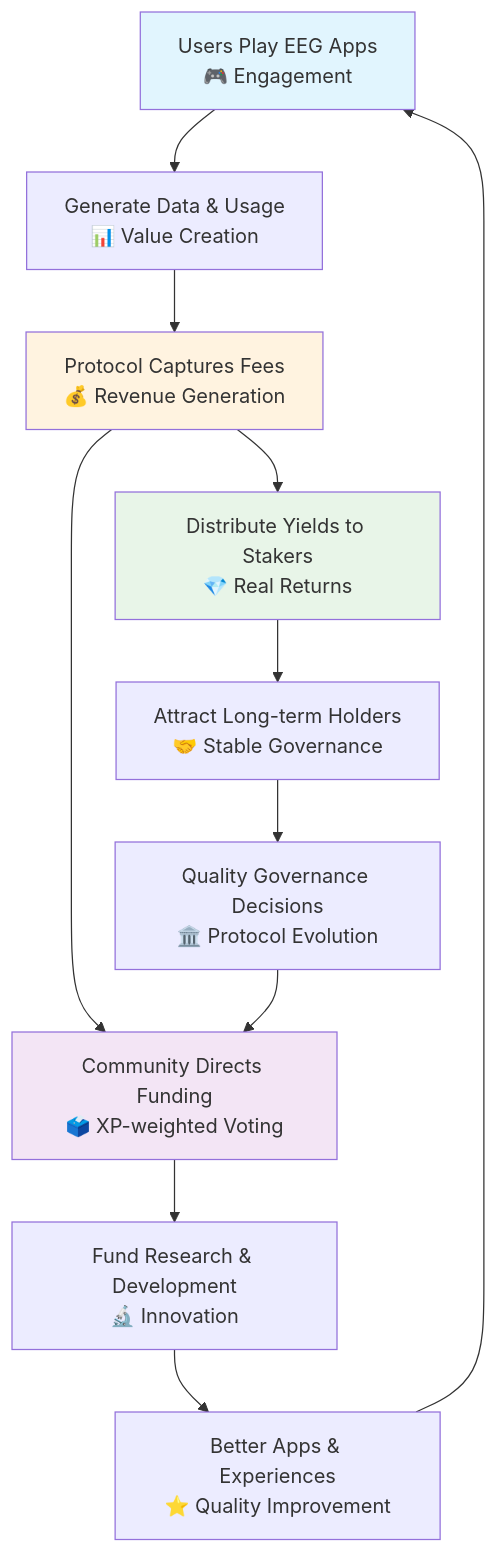
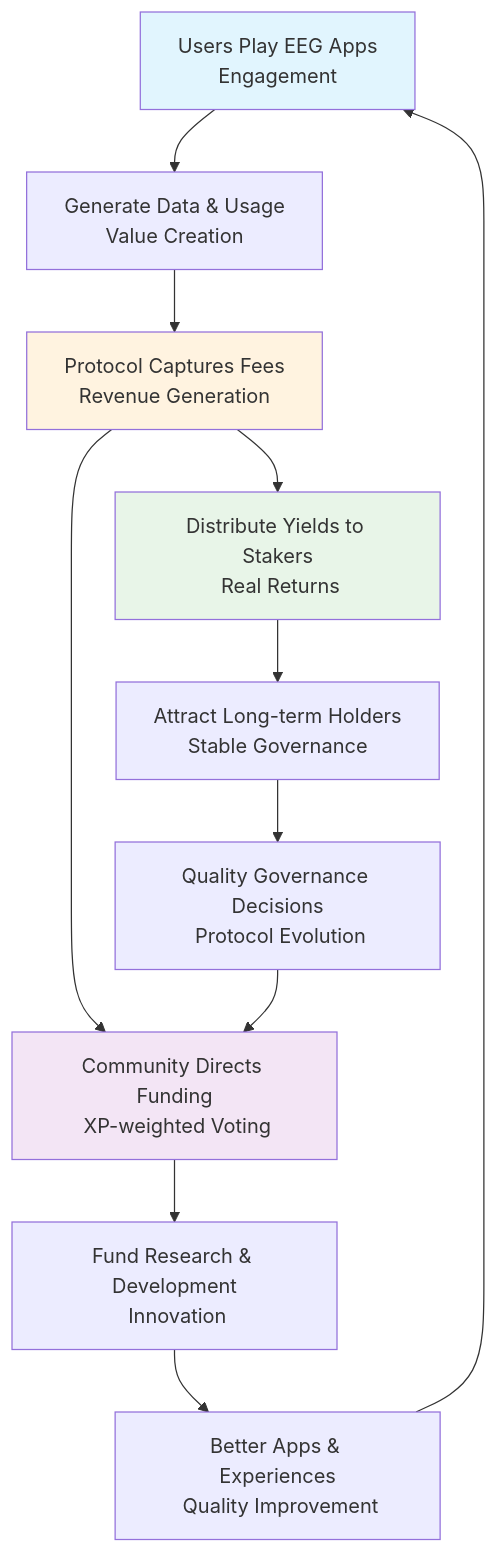
Before and after one commit to Elata-Biosciences/elata-protocol: the second of 8 diagrams in README.md, drawn with Mermaid. The commit also changed other lines of this file, not shown here.

````diff
--- a/README.md
+++ b/README.md
@@ -54,19 +54,19 @@
 ```mermaid
 graph TD
-    A[Users Play EEG Apps<br/>🎮 Engagement] --> B[Generate Data & Usage<br/>📊 Value Creation]
-    B --> C[Protocol Captures Fees<br/>💰 Revenue Generation]
-    C --> D[Community Directs Funding<br/>🗳️ XP-weighted Voting]
-    D --> E[Fund Research & Development<br/>🔬 Innovation]
-    E --> F[Better Apps & Experiences<br/>⭐ Quality Improvement]
+    A[Users Play EEG Apps<br/> Engagement] --> B[Generate Data & Usage<br/> Value Creation]
+    B --> C[Protocol Captures Fees<br/> Revenue Generation]
+    C --> D[Community Directs Funding<br/> XP-weighted Voting]
+    D --> E[Fund Research & Development<br/> Innovation]
+    E --> F[Better Apps & Experiences<br/> Quality Improvement]
     F --> A
     
-    C --> G[Distribute Yields to Stakers<br/>💎 Real Returns]
-    G --> H[Attract Long-term Holders<br/>🤝 Stable Governance]
-    H --> I[Quality Governance Decisions<br/>🏛️ Protocol Evolution]
+    C --> G[Distribute Yields to Stakers<br/> Real Returns]
+    G --> H[Attract Long-term Holders<br/> Stable Governance]
+    H --> I[Quality Governance Decisions<br/> Protocol Evolution]
     I --> D
     
     style A fill:#e1f5fe
     style C fill:#fff3e0
     style D fill:#f3e5f5
     style G fill:#e8f5e8
 ```
````
